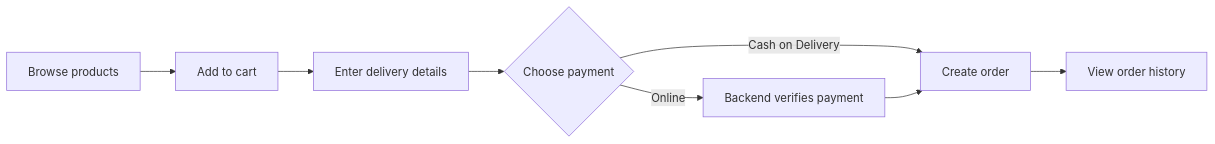
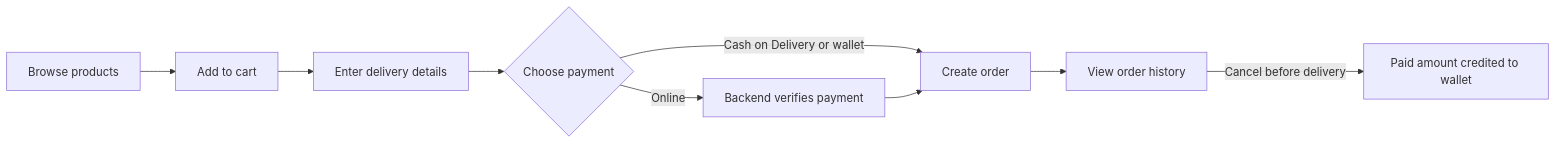
Before and after one commit to A-Thiyagarajan/E-Commerce-Website: the second of 2 diagrams in README.md, drawn with Mermaid. The commit also changed other lines of this file and 32 other files, not shown here.

````diff
--- a/README.md
+++ b/README.md
@@ -34,10 +37,11 @@
 ```mermaid
 flowchart LR
     Browse[Browse products] --> Cart[Add to cart]
     Cart --> Checkout[Enter delivery details]
     Checkout --> Payment{Choose payment}
-    Payment -->|Cash on Delivery| Order[Create order]
+    Payment -->|Cash on Delivery or wallet| Order[Create order]
     Payment -->|Online| Verify[Backend verifies payment]
     Verify --> Order
     Order --> History[View order history]
+    History -->|Cancel before delivery| Refund[Paid amount credited to wallet]
 ```
````
